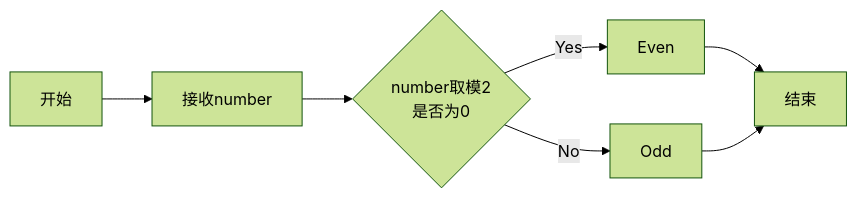
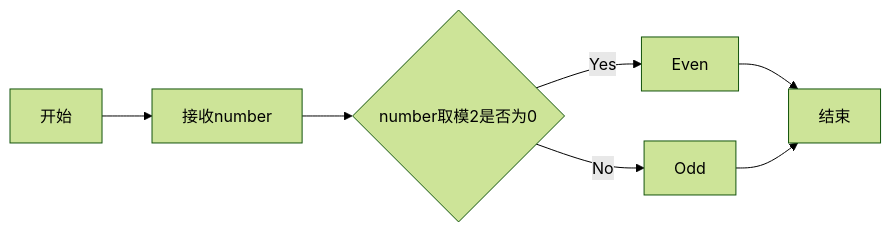
One commit to RonaWhite/python changed the fourth of 4 diagrams in experiment2.md. Above: the diagram before and after it, drawn with Mermaid (forest theme).

````diff
--- a/experiment2.md
+++ b/experiment2.md
@@ -529,10 +529,9 @@
 ```mermaid
 flowchart LR
     A[开始] --> B[接收number]
-    B --> C{number取模2
-    是否为0}
+    B --> C{number取模2是否为0}
     C --> |Yes| D[Even]
     D --> E[结束]
     C --> |No| F[Odd]
     F --> E
 ```
````
